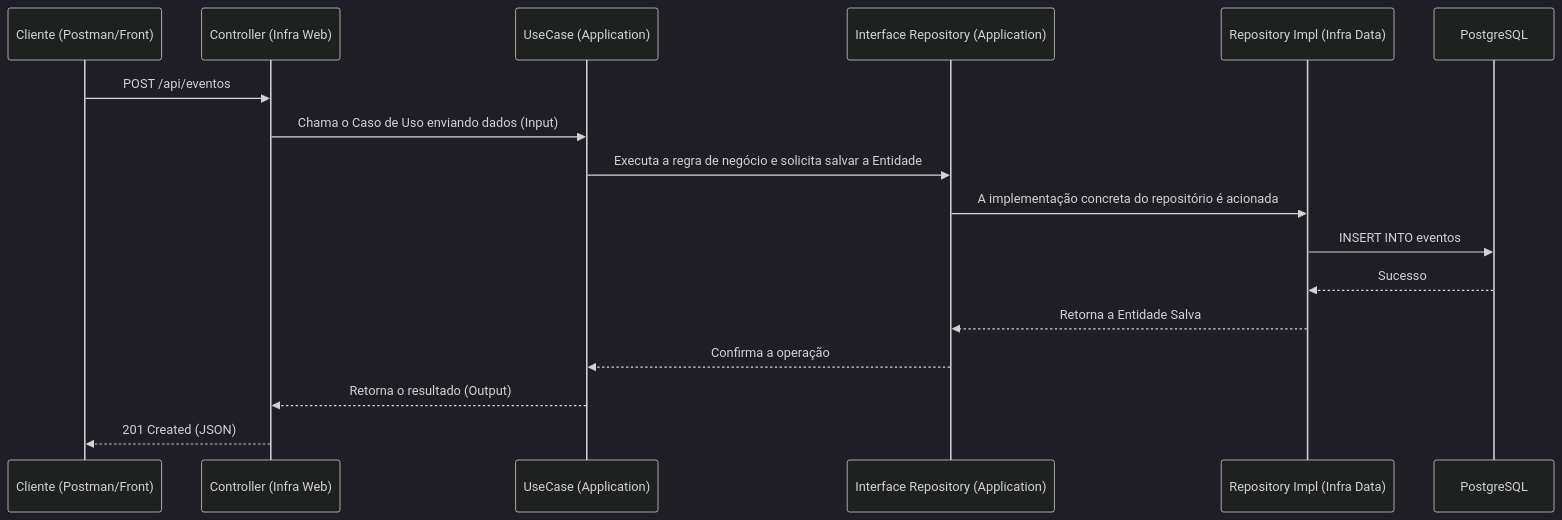
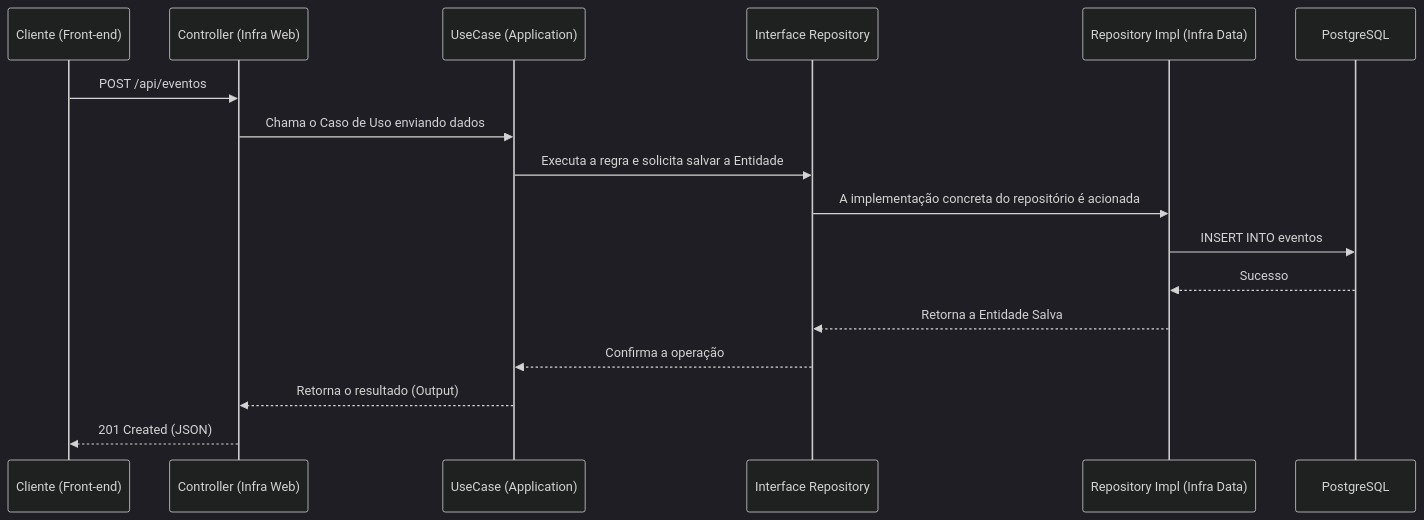
One commit to NicolasBelmonte23/CineBark changed the second of 2 diagrams in README.md. Above: the diagram before and after it, drawn with Mermaid (dark theme). The commit also changed other lines of this file, not shown here.

````diff
--- a/README.md
+++ b/README.md
@@ -68,20 +68,20 @@
 ```mermaid
 sequenceDiagram
-    participant Cliente as Cliente (Postman/Front)
+    participant Cliente as Cliente (Front-end)
     participant Controller as Controller (Infra Web)
     participant UseCase as UseCase (Application)
-    participant Interface as Interface Repository (Application)
+    participant Interface as Interface Repository
     participant InfraRepo as Repository Impl (Infra Data)
     participant DB as PostgreSQL
 
     Cliente->>Controller: POST /api/eventos
-    Controller->>UseCase: Chama o Caso de Uso enviando dados (Input)
-    UseCase->>Interface: Executa a regra de negócio e solicita salvar a Entidade
+    Controller->>UseCase: Chama o Caso de Uso enviando dados
+    UseCase->>Interface: Executa a regra e solicita salvar a Entidade
     Interface->>InfraRepo: A implementação concreta do repositório é acionada
     InfraRepo->>DB: INSERT INTO eventos
     DB-->>InfraRepo: Sucesso
     InfraRepo-->>Interface: Retorna a Entidade Salva
     Interface-->>UseCase: Confirma a operação
     UseCase-->>Controller: Retorna o resultado (Output)
     Controller-->>Cliente: 201 Created (JSON)
 ```
````
